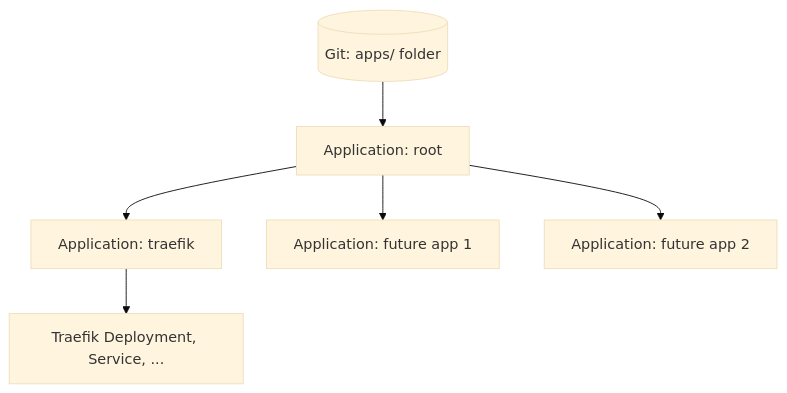
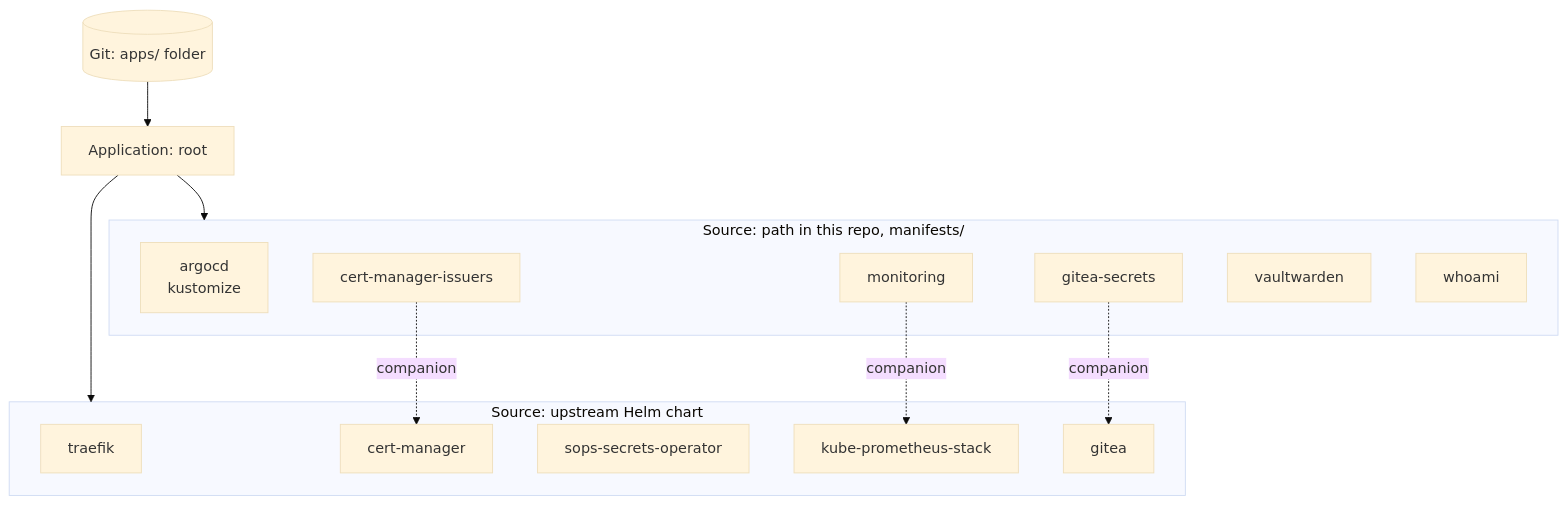
One commit to pablofc18/homelab-gitops changed the third of 8 diagrams in docs/architecture.md. Above: the diagram before and after it, drawn with Mermaid (base theme). The commit also changed other lines of this file and 1 other file, not shown here.

Commit message:
docs: refresh diagrams and docs to match the current stack

````diff
--- a/docs/architecture.md
+++ b/docs/architecture.md
@@ -82,8 +86,27 @@
 ```mermaid
 flowchart TD
     GIT[(Git: apps/ folder)] --> ROOT[Application: root]
-    ROOT --> T[Application: traefik]
-    ROOT --> F1[Application: future app 1]
-    ROOT --> F2[Application: future app 2]
-    T --> TR[Traefik Deployment, Service, ...]
+
+    subgraph HELM[Source: upstream Helm chart]
+        TRAEFIK[traefik]
+        CM[cert-manager]
+        SOPS[sops-secrets-operator]
+        KPS[kube-prometheus-stack]
+        GITEA[gitea]
+    end
+
+    subgraph REPO[Source: path in this repo, manifests/]
+        ARGOCD[argocd<br/>kustomize]
+        ISSUERS[cert-manager-issuers]
+        MON[monitoring]
+        GSEC[gitea-secrets]
+        VW[vaultwarden]
+        WHOAMI[whoami]
+    end
+
+    ROOT --> HELM
+    ROOT --> REPO
+    ISSUERS -.->|companion| CM
+    MON -.->|companion| KPS
+    GSEC -.->|companion| GITEA
 ```
````
